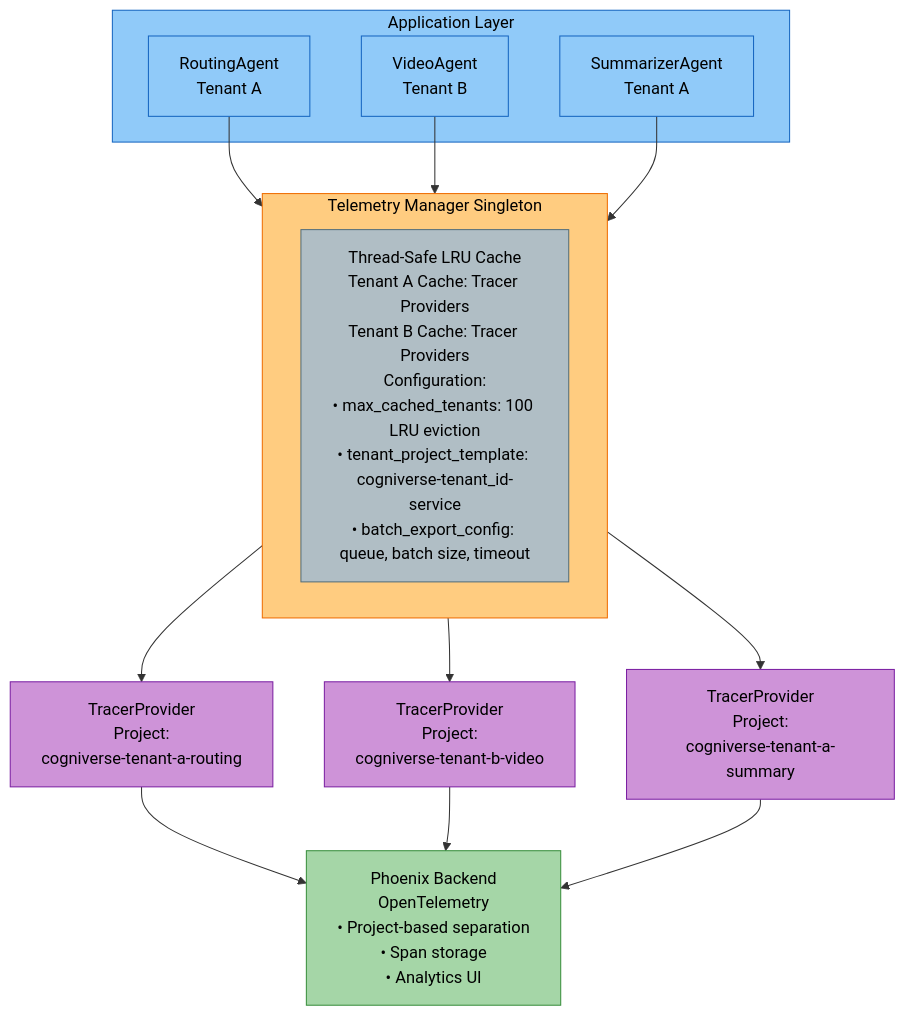
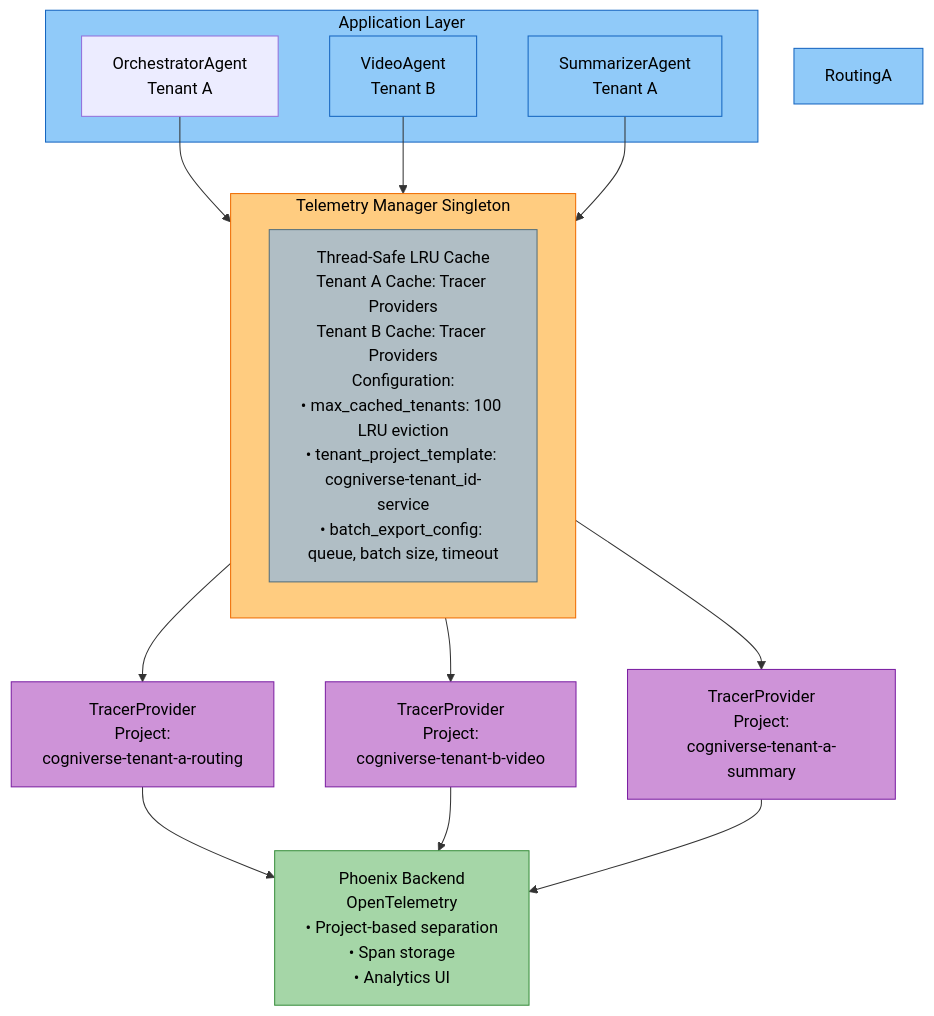
Before and after one commit to amit-jain/cogniverse: the first of 4 diagrams in docs/modules/telemetry.md, drawn with Mermaid. The commit also changed 75 other files, not shown here.

First line of the commit message:
Remove RoutingAgent and replace with OrchestratorAgent dispatch

````diff
--- a/docs/modules/telemetry.md
+++ b/docs/modules/telemetry.md
@@ -199,35 +199,35 @@
 ```mermaid
 flowchart TB
     subgraph AppLayer["<span style='color:#000'>Application Layer</span>"]
-        RoutingA["<span style='color:#000'>RoutingAgent<br/>Tenant A</span>"]
+        OrchestratorA["<span style='color:#000'>OrchestratorAgent<br/>Tenant A</span>"]
         VideoB["<span style='color:#000'>VideoAgent<br/>Tenant B</span>"]
         SummarizerA["<span style='color:#000'>SummarizerAgent<br/>Tenant A</span>"]
     end
 
-    RoutingA --> Manager
+    OrchestratorA --> Manager
     VideoB --> Manager
     SummarizerA --> Manager
 
     subgraph Manager["<span style='color:#000'>Telemetry Manager Singleton</span>"]
         Cache["<span style='color:#000'>Thread-Safe LRU Cache<br/>Tenant A Cache: Tracer Providers<br/>Tenant B Cache: Tracer Providers<br/>Configuration:<br/>• max_cached_tenants: 100 LRU eviction<br/>• tenant_project_template: cogniverse-tenant_id-service<br/>• batch_export_config: queue, batch size, timeout</span>"]
     end
 
     Manager --> ProviderA["<span style='color:#000'>TracerProvider<br/>Project:<br/>cogniverse-tenant-a-routing</span>"]
     Manager --> ProviderB["<span style='color:#000'>TracerProvider<br/>Project:<br/>cogniverse-tenant-b-video</span>"]
     Manager --> ProviderC["<span style='color:#000'>TracerProvider<br/>Project:<br/>cogniverse-tenant-a-summary</span>"]
 
     ProviderA --> Phoenix["<span style='color:#000'>Phoenix Backend<br/>OpenTelemetry<br/>• Project-based separation<br/>• Span storage<br/>• Analytics UI</span>"]
     ProviderB --> Phoenix
     ProviderC --> Phoenix
 
     style AppLayer fill:#90caf9,stroke:#1565c0,color:#000
     style Manager fill:#ffcc80,stroke:#ef6c00,color:#000
     style Cache fill:#b0bec5,stroke:#546e7a,color:#000
     style RoutingA fill:#90caf9,stroke:#1565c0,color:#000
     style VideoB fill:#90caf9,stroke:#1565c0,color:#000
     style SummarizerA fill:#90caf9,stroke:#1565c0,color:#000
     style ProviderA fill:#ce93d8,stroke:#7b1fa2,color:#000
     style ProviderB fill:#ce93d8,stroke:#7b1fa2,color:#000
     style ProviderC fill:#ce93d8,stroke:#7b1fa2,color:#000
     style Phoenix fill:#a5d6a7,stroke:#388e3c,color:#000
 ```
````
